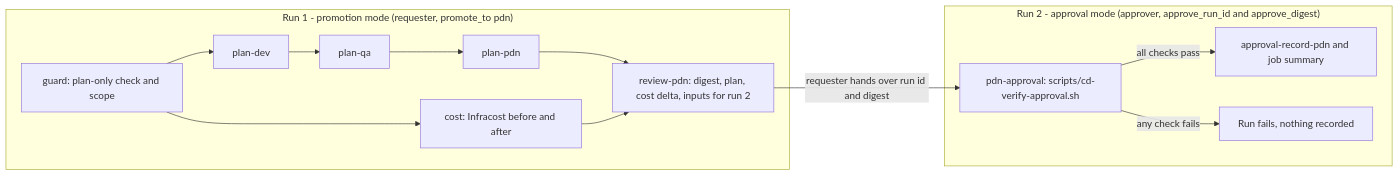
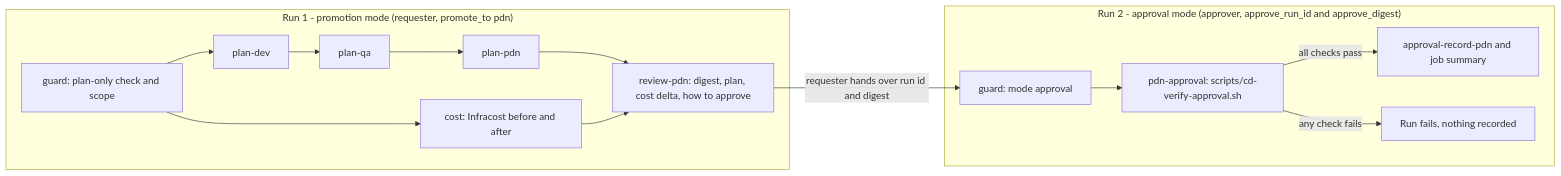
The diagram in docs/cd-pipeline.md (aroma-pacifico/aroma-pacifico-infrastructure), drawn with Mermaid before and after one commit. The commit also changed other lines of this file, not shown here.

First line of the commit message:
docs(iac): align the approval runbook with the verify script

````diff
--- a/docs/cd-pipeline.md
+++ b/docs/cd-pipeline.md
@@ -76,16 +76,17 @@
 ```mermaid
 flowchart LR
     subgraph R1["Run 1 - promotion mode (requester, promote_to pdn)"]
         G["guard: plan-only check and scope"] --> PD["plan-dev"]
         PD --> PQ["plan-qa"]
         PQ --> PP["plan-pdn"]
         G --> C["cost: Infracost before and after"]
-        PP --> R["review-pdn: digest, plan, cost delta, inputs for run 2"]
+        PP --> R["review-pdn: digest, plan, cost delta, how to approve"]
         C --> R
     end
-    R -->|"requester hands over run id and digest"| A
+    R -->|"requester hands over run id and digest"| G2
     subgraph R2["Run 2 - approval mode (approver, approve_run_id and approve_digest)"]
-        A["pdn-approval: scripts/cd-verify-approval.sh"] -->|"all checks pass"| REC["approval-record-pdn and job summary"]
+        G2["guard: mode approval"] --> A["pdn-approval: scripts/cd-verify-approval.sh"]
+        A -->|"all checks pass"| REC["approval-record-pdn and job summary"]
         A -->|"any check fails"| X["Run fails, nothing recorded"]
     end
 ```
````
